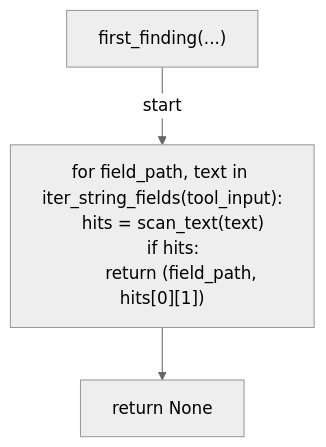
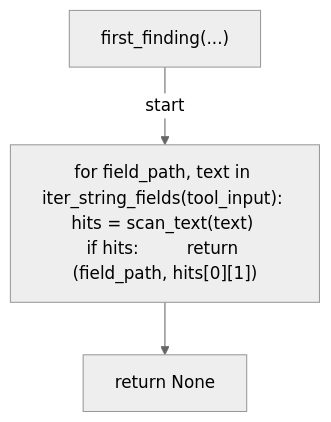
The second of 5 diagrams in docs/generated/scripts/ast/preflight_github_secrets.md (tvna/claude-md), drawn with Mermaid (neutral theme) before and after one commit. The commit also changed other lines of this file and 29 other files, not shown here.

First line of the commit message:
docs(generated): regenerate decision tree and workflow diagrams (batch 3/5)

````diff
--- a/docs/generated/scripts/ast/preflight_github_secrets.md
+++ b/docs/generated/scripts/ast/preflight_github_secrets.md
@@ -34,11 +31,8 @@
 ```mermaid
 flowchart TD
     N001["first_finding(...)"]
-    N002["for field_path, text in iter_string_fields(tool_input):
-    hits = scan_text(text)
-    if hits:
-        return (field_path, hits[0][1])"]
+    N002["for field_path, text in iter_string_fields(tool_input):     hits = scan_text(text)     if hits:         return (field_path, hits[0][1])"]
     N003["return None"]
     N001 -->|"start"| N002
     N002 --> N003
 ```
````
